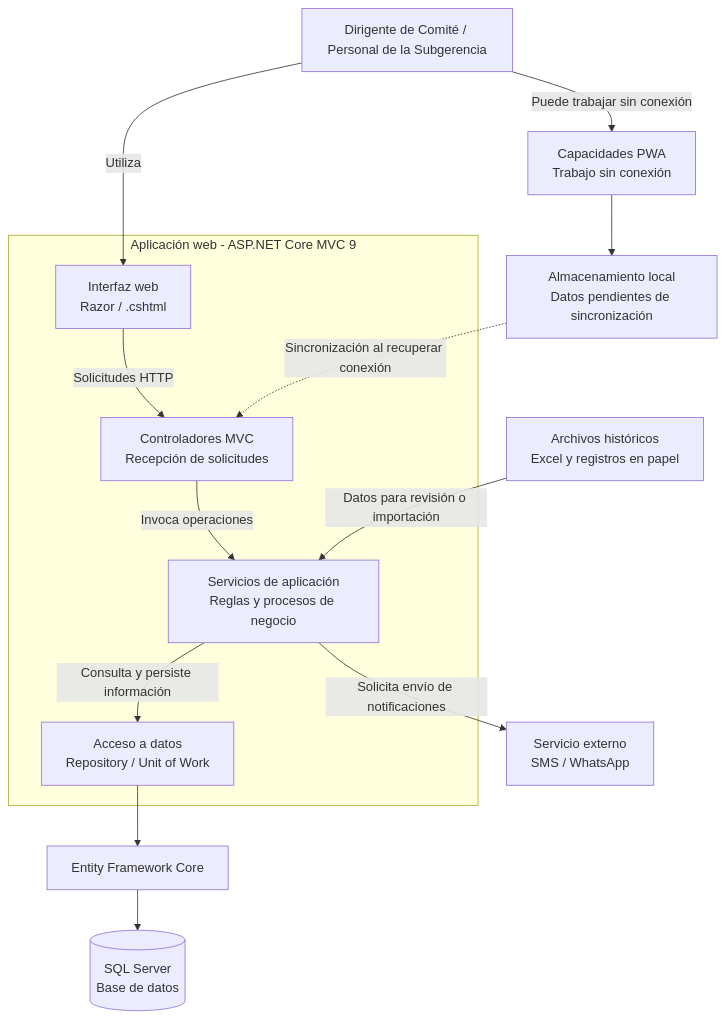
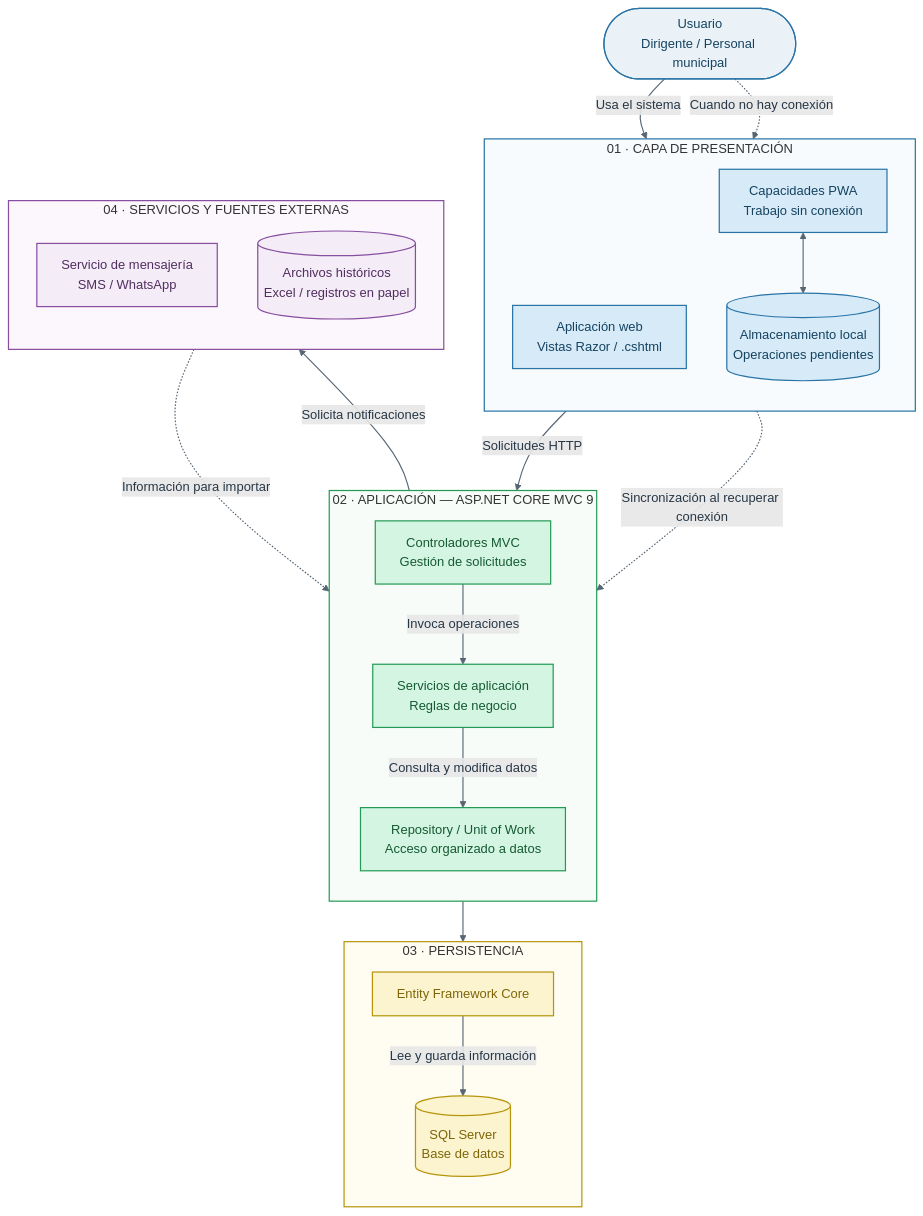
The diagram in arquitectura/C4/C2-contenedores.md (Yey-Cardenas/Programas-Sociales), drawn with Mermaid before and after one commit. The commit also changed other lines of this file and 3 other files, not shown here.

Commit message:
docs: mejorar diagramas del modelo C4 con Mermaid

````diff
--- a/arquitectura/C4/C2-contenedores.md
+++ b/arquitectura/C4/C2-contenedores.md
@@ -14,32 +10,64 @@
 ```mermaid
 flowchart TB
-    Usuario["Dirigente de Comité / Personal de la Subgerencia"]
+    USER(["Usuario<br/>Dirigente / Personal municipal"])
 
-    subgraph Aplicacion["Aplicación web - ASP.NET Core MVC 9"]
-        Vistas["Interfaz web<br/>Razor / .cshtml"]
-        Controladores["Controladores MVC<br/>Recepción de solicitudes"]
-        Servicios["Servicios de aplicación<br/>Reglas y procesos de negocio"]
-        Datos["Acceso a datos<br/>Repository / Unit of Work"]
+    subgraph CLIENTE["01 · CAPA DE PRESENTACIÓN"]
+        direction TB
+        WEB["Aplicación web<br/>Vistas Razor / .cshtml"]
+        PWA["Capacidades PWA<br/>Trabajo sin conexión"]
+        LOCAL[("Almacenamiento local<br/>Operaciones pendientes")]
     end
 
-    PWA["Capacidades PWA<br/>Trabajo sin conexión"]
-    Local["Almacenamiento local<br/>Datos pendientes de sincronización"]
-    EF["Entity Framework Core"]
-    BD[("SQL Server<br/>Base de datos")]
-    Mensajeria["Servicio externo<br/>SMS / WhatsApp"]
-    Historicos["Archivos históricos<br/>Excel y registros en papel"]
+    subgraph APLICACION["02 · APLICACIÓN — ASP.NET CORE MVC 9"]
+        direction TB
+        CTRL["Controladores MVC<br/>Gestión de solicitudes"]
+        SERV["Servicios de aplicación<br/>Reglas de negocio"]
+        REPO["Repository / Unit of Work<br/>Acceso organizado a datos"]
+    end
 
-    Usuario -->|"Utiliza"| Vistas
-    Vistas -->|"Solicitudes HTTP"| Controladores
-    Controladores -->|"Invoca operaciones"| Servicios
-    Servicios -->|"Consulta y persiste información"| Datos
-    Datos --> EF
-    EF --> BD
+    subgraph DATOS["03 · PERSISTENCIA"]
+        direction TB
+        EF["Entity Framework Core"]
+        DB[("SQL Server<br/>Base de datos")]
+    end
 
-    Usuario -->|"Puede trabajar sin conexión"| PWA
-    PWA --> Local
-    Local -.->|"Sincronización al recuperar conexión"| Controladores
+    subgraph EXTERNOS["04 · SERVICIOS Y FUENTES EXTERNAS"]
+        direction TB
+        SMS["Servicio de mensajería<br/>SMS / WhatsApp"]
+        XLS[("Archivos históricos<br/>Excel / registros en papel")]
+    end
 
-    Servicios -->|"Solicita envío de notificaciones"| Mensajeria
-    Historicos -->|"Datos para revisión o importación"| Servicios
+    USER -->|"Usa el sistema"| WEB
+    WEB -->|"Solicitudes HTTP"| CTRL
+    CTRL -->|"Invoca operaciones"| SERV
+    SERV -->|"Consulta y modifica datos"| REPO
+    REPO --> EF
+    EF -->|"Lee y guarda información"| DB
+
+    USER -.->|"Cuando no hay conexión"| PWA
+    PWA <--> LOCAL
+    LOCAL -.->|"Sincronización al recuperar conexión"| CTRL
+
+    SERV -->|"Solicita notificaciones"| SMS
+    XLS -.->|"Información para importar"| SERV
+
+    %% Estilos
+    classDef user fill:#EAF2F8,stroke:#2874A6,color:#154360,stroke-width:1.5px
+    classDef frontend fill:#D6EAF8,stroke:#2874A6,color:#154360,stroke-width:1.5px
+    classDef business fill:#D5F5E3,stroke:#239B56,color:#145A32,stroke-width:1.5px
+    classDef persistence fill:#FCF3CF,stroke:#B7950B,color:#7D6608,stroke-width:1.5px
+    classDef external fill:#F4ECF7,stroke:#884EA0,color:#512E5F,stroke-width:1.5px
+
+    class USER user
+    class WEB,PWA,LOCAL frontend
+    class CTRL,SERV,REPO business
+    class EF,DB persistence
+    class SMS,XLS external
+
+    style CLIENTE fill:#F8FBFD,stroke:#2874A6,stroke-width:1.5px
+    style APLICACION fill:#F7FCF8,stroke:#239B56,stroke-width:1.5px
+    style DATOS fill:#FFFCF2,stroke:#B7950B,stroke-width:1.5px
+    style EXTERNOS fill:#FBF7FC,stroke:#884EA0,stroke-width:1.5px
+
+    linkStyle default stroke:#566573,stroke-width:1.4px,color:#273746
 ```
````
